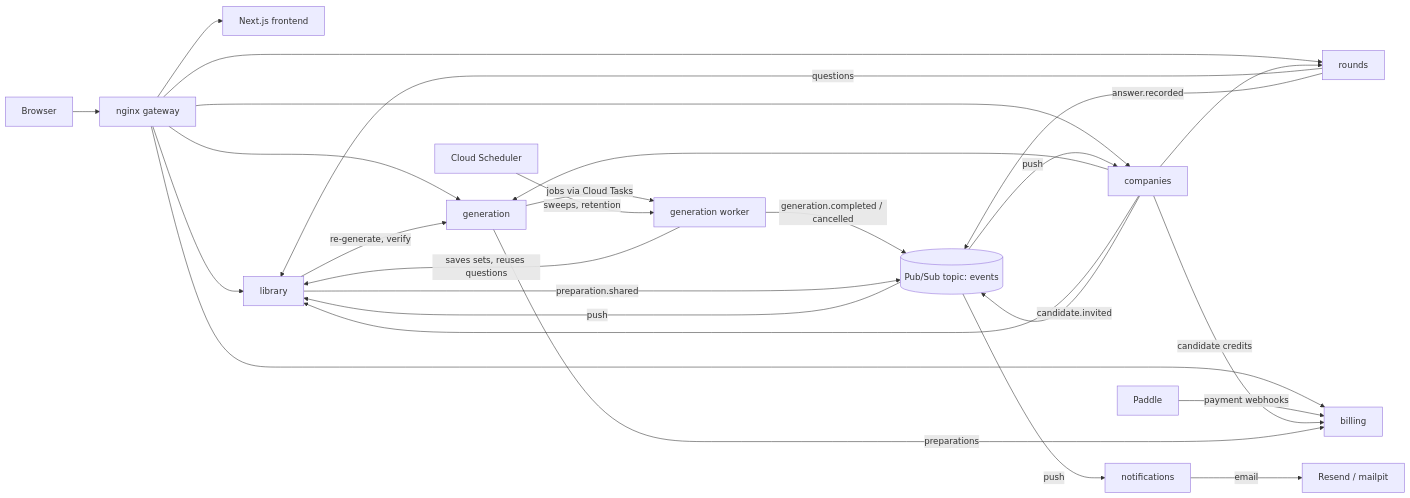
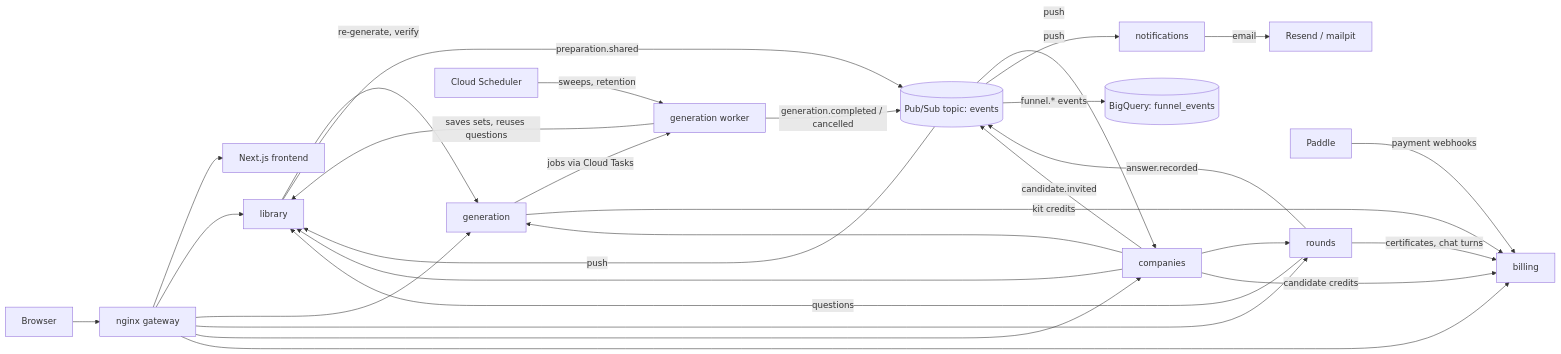
The diagram in README.md (Vilsky-Viktor/ai-interview-prep-platform), drawn with Mermaid before and after one commit. The commit also changed other lines of this file and 33 other files, not shown here.

````diff
--- a/README.md
+++ b/README.md
@@ -33,30 +42,32 @@
 ```mermaid
 flowchart LR
     browser[Browser] --> gateway[nginx gateway]
     gateway --> frontend[Next.js frontend]
     gateway --> library
     gateway --> generation
     gateway --> rounds
     gateway --> companies
     gateway --> billing
     paddle[Paddle] -- payment webhooks --> billing
 
     generation -- jobs via Cloud Tasks --> worker[generation worker]
     scheduler[Cloud Scheduler] -- sweeps, retention --> worker
     worker -- saves sets, reuses questions --> library
     library -- re-generate, verify --> generation
     rounds -- questions --> library
     companies --> generation
     companies --> library
     companies --> rounds
     companies -- candidate credits --> billing
-    generation -- preparations --> billing
+    generation -- kit credits --> billing
+    rounds -- certificates, chat turns --> billing
 
     rounds -- answer.recorded --> pubsub[(Pub/Sub topic: events)]
     worker -- generation.completed / cancelled --> pubsub
     library -- preparation.shared --> pubsub
     companies -- candidate.invited --> pubsub
     pubsub -- push --> library
     pubsub -- push --> companies
     pubsub -- push --> notifications -- email --> smtp[Resend / mailpit]
+    pubsub -- funnel.* events --> bigquery[(BigQuery: funnel_events)]
 ```
````
